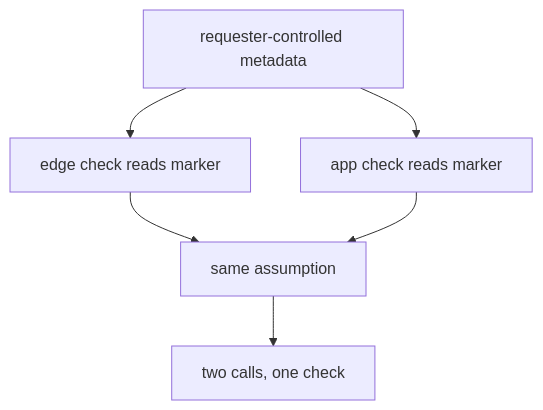
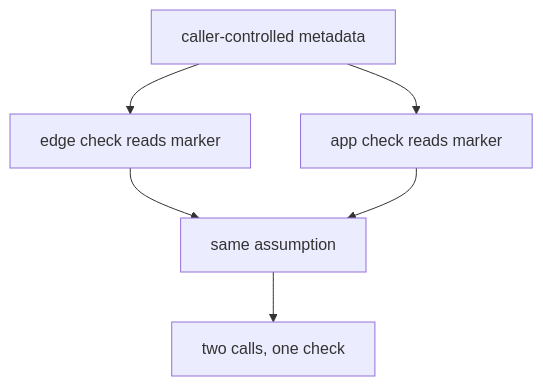
Before and after one commit to ishitvagoel/LearnSecurity: the diagram in content/modules/1/1.3/lessons/03-break.md, drawn with Mermaid. The commit also changed other lines of this file and 44 other files, not shown here.

````diff
--- a/content/modules/1/1.3/lessons/03-break.md
+++ b/content/modules/1/1.3/lessons/03-break.md
@@ -28,11 +31,11 @@
 ```mermaid
 flowchart TD
-  req["requester-controlled metadata"]
-  a["edge check reads marker"]
-  b["app check reads marker"]
+  req[caller-controlled metadata]
+  a[edge check reads marker]
+  b[app check reads marker]
   req --> a
   req --> b
-  a --> same["same assumption"]
+  a --> same[same assumption]
   b --> same
-  same --> collapse["two calls, one check"]
+  same --> collapse[two calls, one check]
 ```
````
